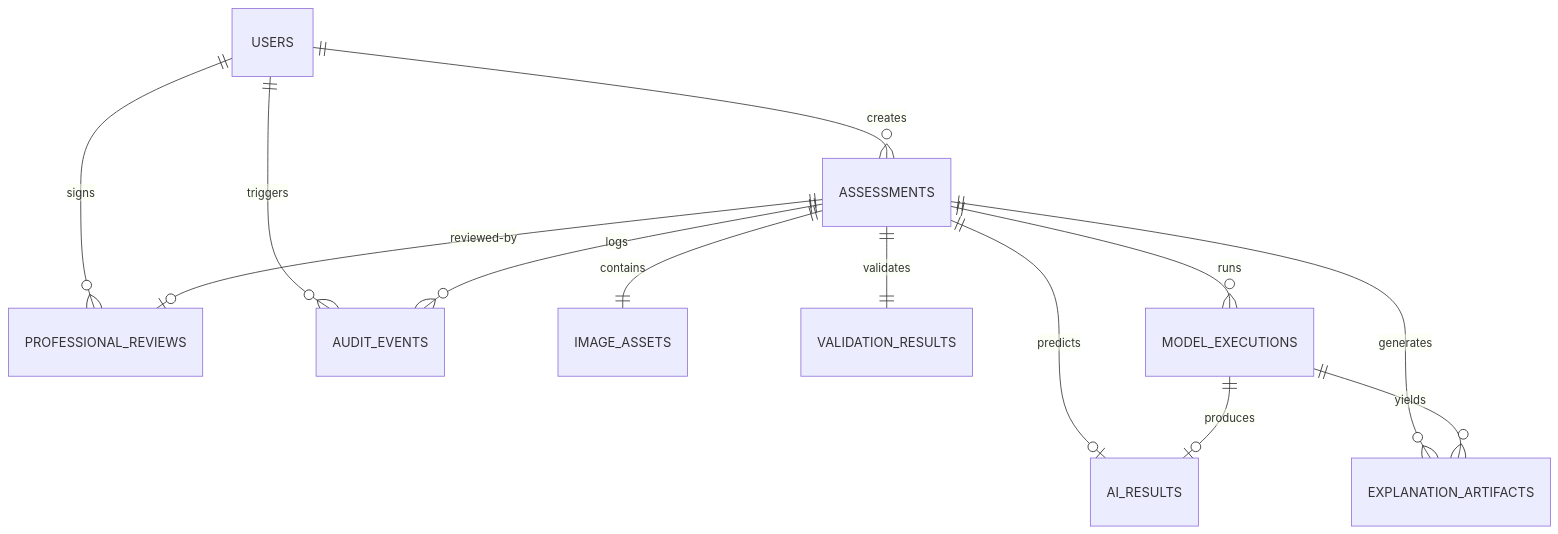
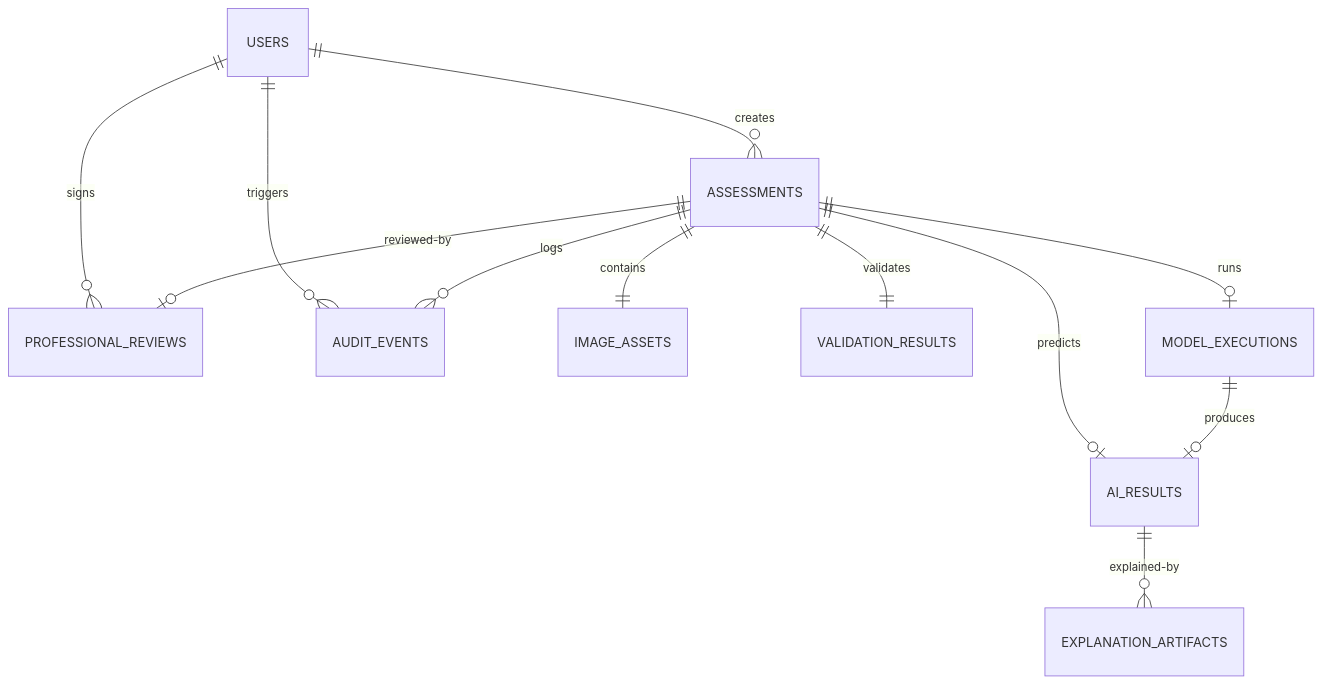
One commit to CloudTechy/diabetic-retinopathy-cdss changed the diagram in docs/chapter4/database_schema.md. Above: the diagram before and after it, drawn with Mermaid. The commit also changed other lines of this file and 8 other files, not shown here.

````diff
--- a/docs/chapter4/database_schema.md
+++ b/docs/chapter4/database_schema.md
@@ -18,17 +18,16 @@
 ```mermaid
 erDiagram
     USERS ||--o{ ASSESSMENTS : creates
     USERS ||--o{ PROFESSIONAL_REVIEWS : signs
     USERS ||--o{ AUDIT_EVENTS : triggers
 
     ASSESSMENTS ||--|| IMAGE_ASSETS : contains
     ASSESSMENTS ||--|| VALIDATION_RESULTS : validates
-    ASSESSMENTS ||--o{ MODEL_EXECUTIONS : runs
+    ASSESSMENTS ||--o| MODEL_EXECUTIONS : runs
     ASSESSMENTS ||--o| AI_RESULTS : predicts
-    ASSESSMENTS ||--o{ EXPLANATION_ARTIFACTS : generates
     ASSESSMENTS ||--o| PROFESSIONAL_REVIEWS : reviewed-by
     ASSESSMENTS ||--o{ AUDIT_EVENTS : logs
 
     MODEL_EXECUTIONS ||--o| AI_RESULTS : produces
-    MODEL_EXECUTIONS ||--o{ EXPLANATION_ARTIFACTS : yields
+    AI_RESULTS ||--o{ EXPLANATION_ARTIFACTS : explained-by
 ```
````
